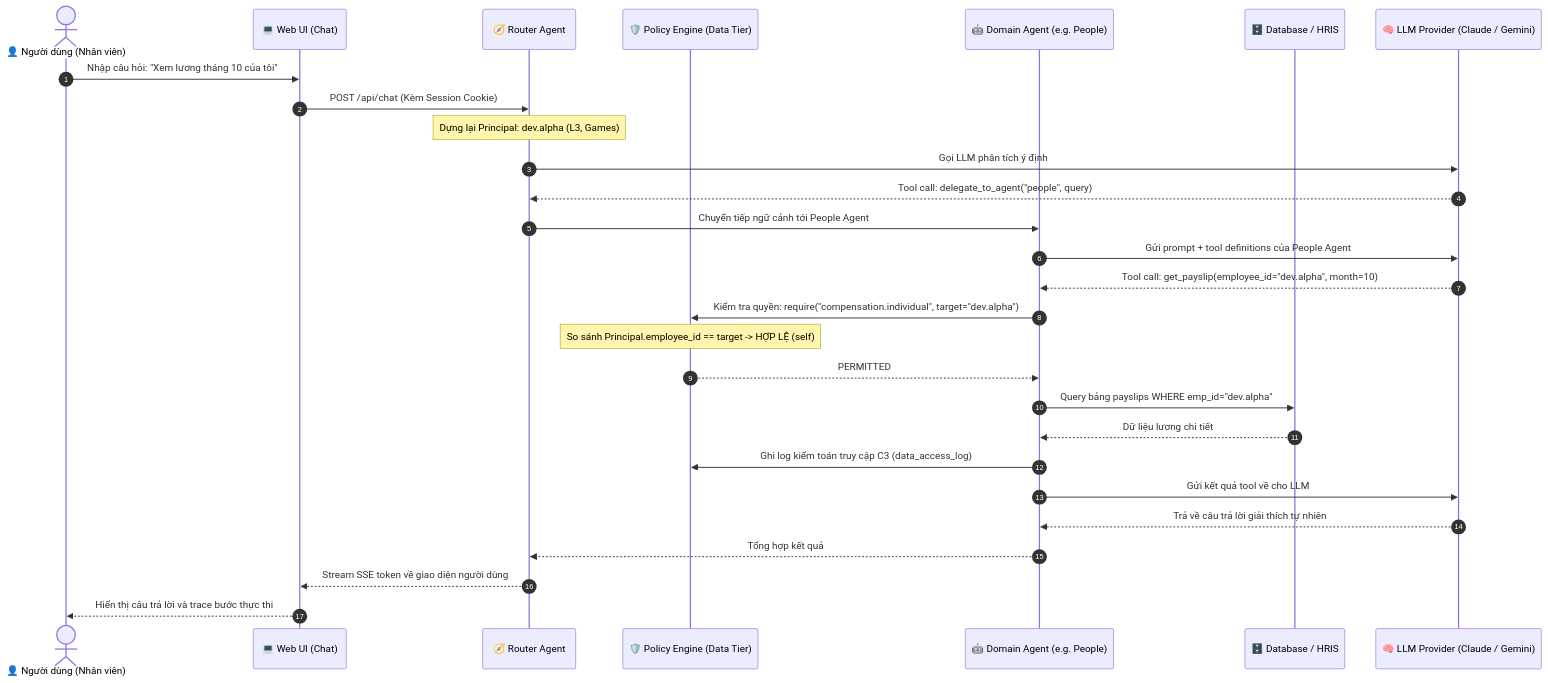
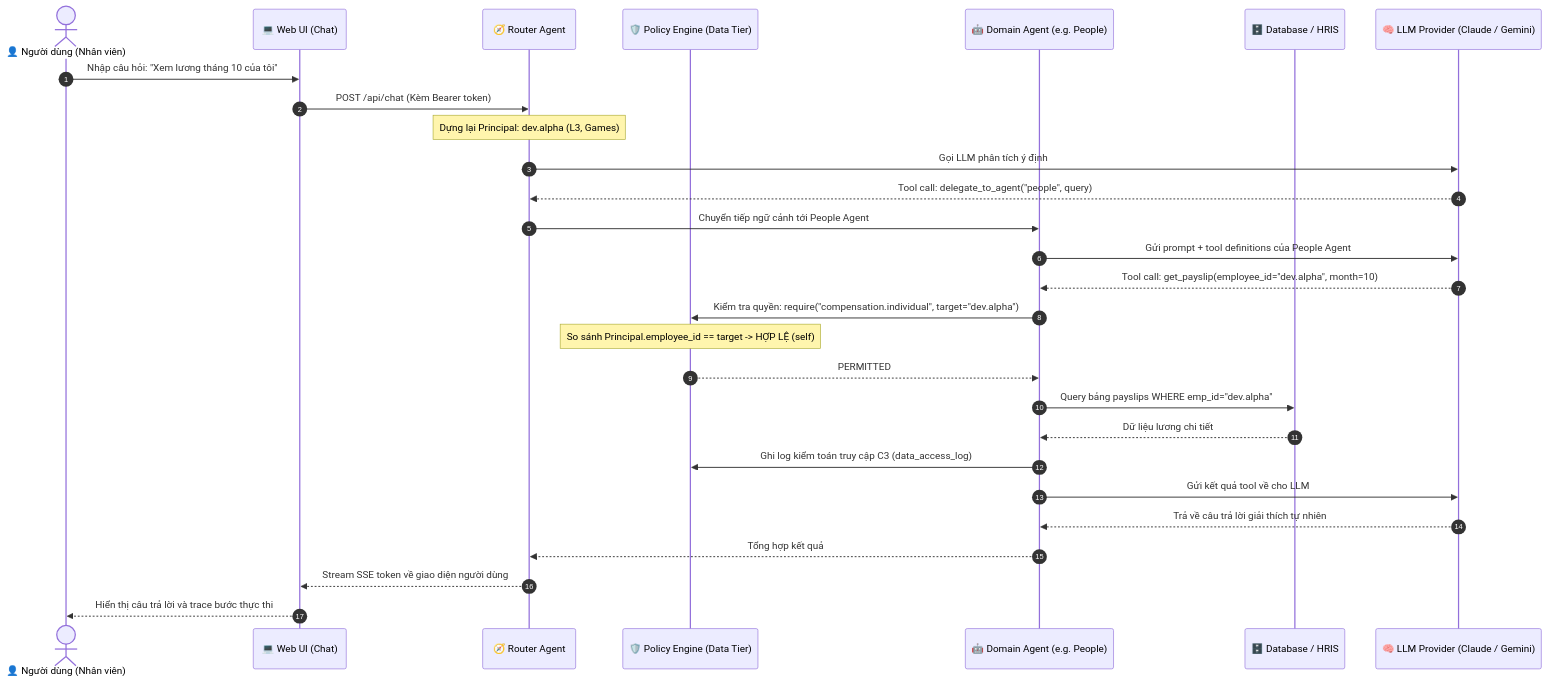
One commit to vandungvo/enterprise-agent-hub changed the first of 2 diagrams in aidlc/ideation/rough-mockups/user-flow.md. Above: the diagram before and after it, drawn with Mermaid. The commit also changed 28 other files, not shown here.

````diff
--- a/aidlc/ideation/rough-mockups/user-flow.md
+++ b/aidlc/ideation/rough-mockups/user-flow.md
@@ -5,31 +5,31 @@
 ```mermaid
 sequenceDiagram
     autonumber
     actor User as 👤 Người dùng (Nhân viên)
     participant UI as 💻 Web UI (Chat)
     participant Router as 🧭 Router Agent
     participant Policy as 🛡️ Policy Engine (Data Tier)
     participant Agent as 🤖 Domain Agent (e.g. People)
     participant DB as 🗄️ Database / HRIS
     participant LLM as 🧠 LLM Provider (Claude / Gemini)
 
     User->>UI: Nhập câu hỏi: "Xem lương tháng 10 của tôi"
-    UI->>Router: POST /api/chat (Kèm Session Cookie)
+    UI->>Router: POST /api/chat (Kèm Bearer token)
     Note over Router: Dựng lại Principal: dev.alpha (L3, Games)
     Router->>LLM: Gọi LLM phân tích ý định
     LLM-->>Router: Tool call: delegate_to_agent("people", query)
     Router->>Agent: Chuyển tiếp ngữ cảnh tới People Agent
     Agent->>LLM: Gửi prompt + tool definitions của People Agent
     LLM-->>Agent: Tool call: get_payslip(employee_id="dev.alpha", month=10)
     Agent->>Policy: Kiểm tra quyền: require("compensation.individual", target="dev.alpha")
     Note over Policy: So sánh Principal.employee_id == target -> HỢP LỆ (self)
     Policy-->>Agent: PERMITTED
     Agent->>DB: Query bảng payslips WHERE emp_id="dev.alpha"
     DB-->>Agent: Dữ liệu lương chi tiết
     Agent->>Policy: Ghi log kiểm toán truy cập C3 (data_access_log)
     Agent->>LLM: Gửi kết quả tool về cho LLM
     LLM-->>Agent: Trả về câu trả lời giải thích tự nhiên
     Agent-->>Router: Tổng hợp kết quả
     Router-->>UI: Stream SSE token về giao diện người dùng
     UI-->>User: Hiển thị câu trả lời và trace bước thực thi
 ```
````
